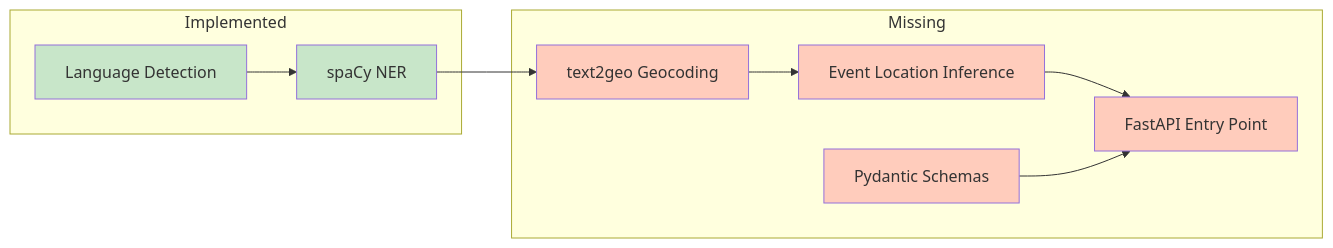
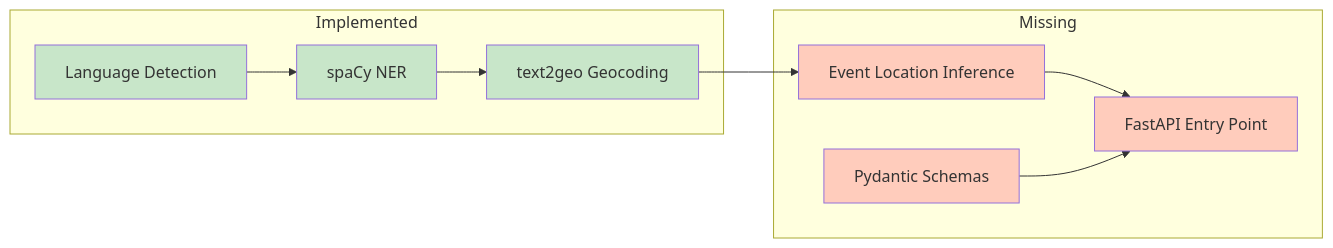
The diagram in backend/location-extraction-service/CONTEXT.md (ConnectedWanderer/living-map), drawn with Mermaid before and after one commit. The commit also changed other lines of this file and 11 other files, not shown here.

Commit message:
feat: implement GeoPipeline for text2geo geocoding (Stage 3) and enforce docstring conventions

````diff
--- a/backend/location-extraction-service/CONTEXT.md
+++ b/backend/location-extraction-service/CONTEXT.md
@@ -32,21 +32,21 @@
 ```mermaid
 flowchart LR
     subgraph Implemented
         A[Language Detection]
         B[spaCy NER]
+        C[text2geo Geocoding]
     end
     subgraph Missing
-        C[text2geo Geocoding]
         D[Event Location Inference]
         E[Pydantic Schemas]
         F[FastAPI Entry Point]
     end
     A --> B --> C --> D --> F
     E --> F
     style A fill:#c8e6c9
     style B fill:#c8e6c9
-    style C fill:#ffccbc
+    style C fill:#c8e6c9
     style D fill:#ffccbc
     style E fill:#ffccbc
     style F fill:#ffccbc
 ```
````
